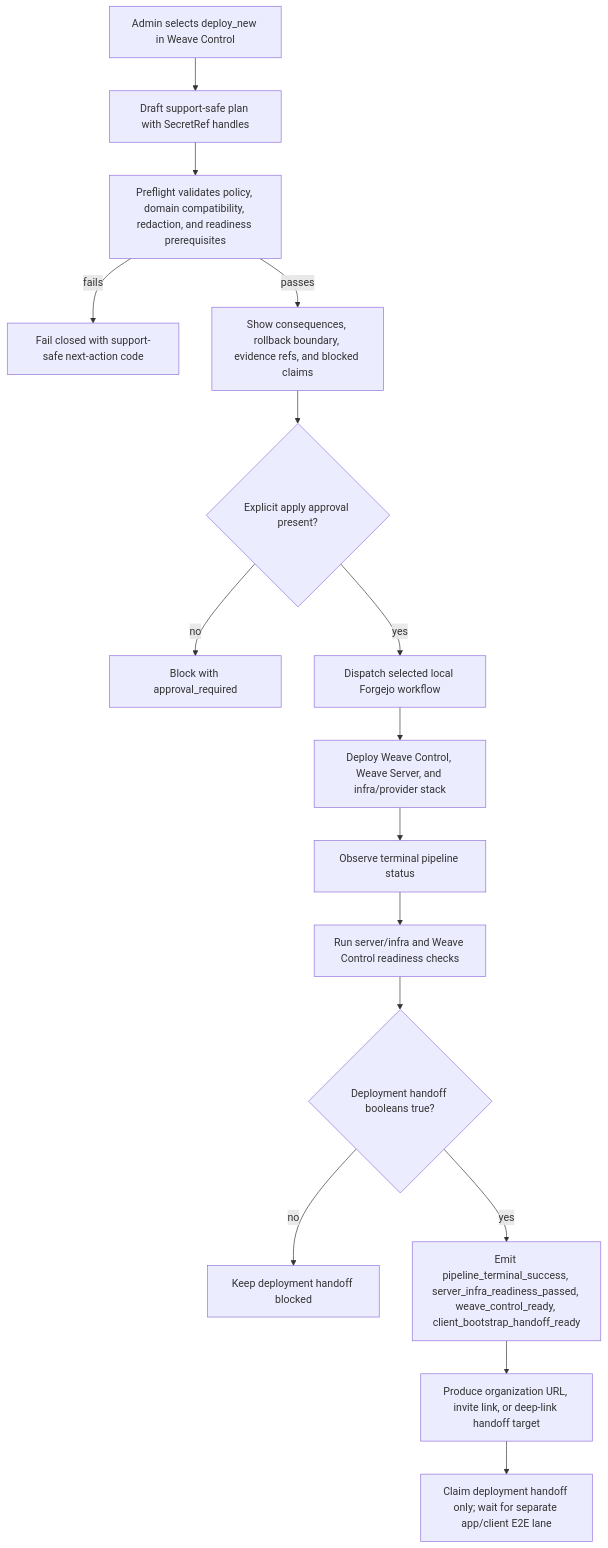
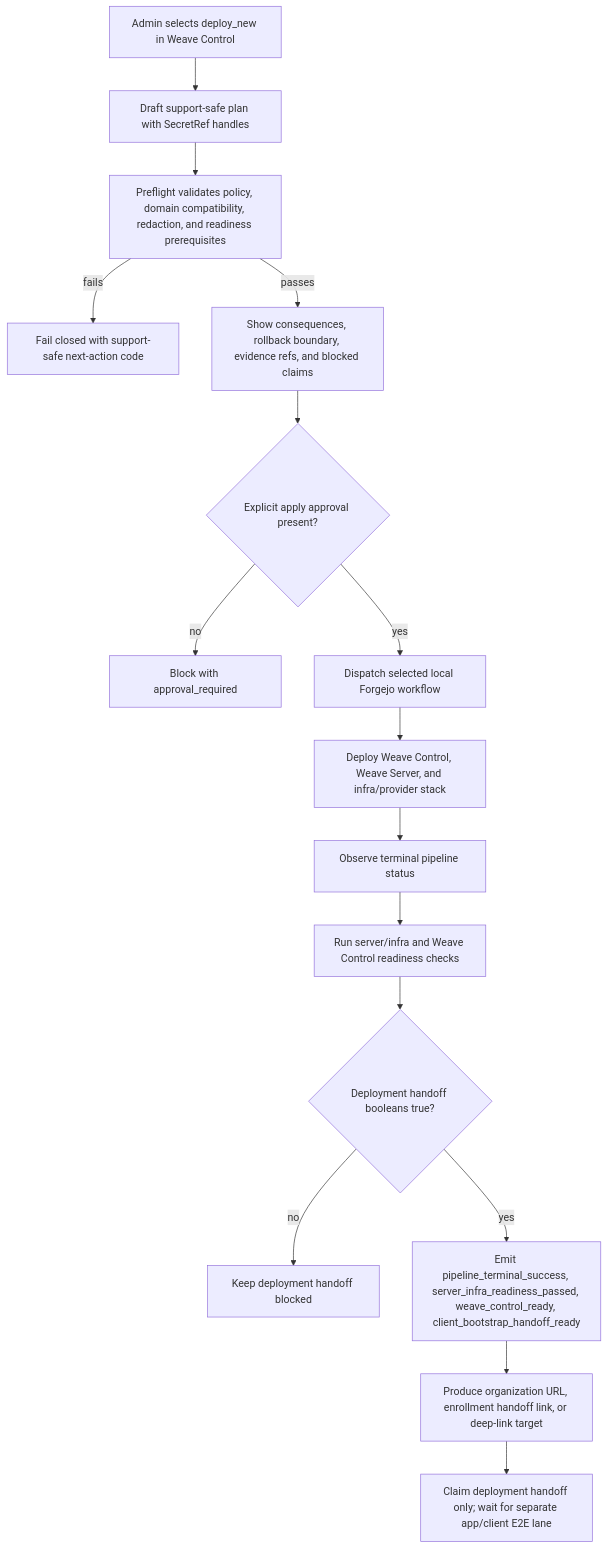
The first of 2 diagrams in docs/weave-control-bootstrap-to-client-contract.md (masssi164/weave), drawn with Mermaid before and after one commit. The commit also changed other lines of this file and 11 other files, not shown here.

Commit message:
docs: anchor dev dogfood main promotion flow

````diff
--- a/docs/weave-control-bootstrap-to-client-contract.md
+++ b/docs/weave-control-bootstrap-to-client-contract.md
@@ -33,18 +33,18 @@
 ```mermaid
 flowchart TD
   A[Admin selects deploy_new in Weave Control] --> B[Draft support-safe plan with SecretRef handles]
   B --> C[Preflight validates policy, domain compatibility, redaction, and readiness prerequisites]
   C -->|fails| X[Fail closed with support-safe next-action code]
   C -->|passes| D[Show consequences, rollback boundary, evidence refs, and blocked claims]
   D --> E{Explicit apply approval present?}
   E -->|no| Y[Block with approval_required]
   E -->|yes| F[Dispatch selected local Forgejo workflow]
   F --> G[Deploy Weave Control, Weave Server, and infra/provider stack]
   G --> H[Observe terminal pipeline status]
   H --> I[Run server/infra and Weave Control readiness checks]
   I --> J{Deployment handoff booleans true?}
   J -->|no| Z[Keep deployment handoff blocked]
   J -->|yes| K[Emit pipeline_terminal_success, server_infra_readiness_passed, weave_control_ready, client_bootstrap_handoff_ready]
-  K --> L[Produce organization URL, invite link, or deep-link handoff target]
+  K --> L[Produce organization URL, enrollment handoff link, or deep-link target]
   L --> M[Claim deployment handoff only; wait for separate app/client E2E lane]
 ```
````
